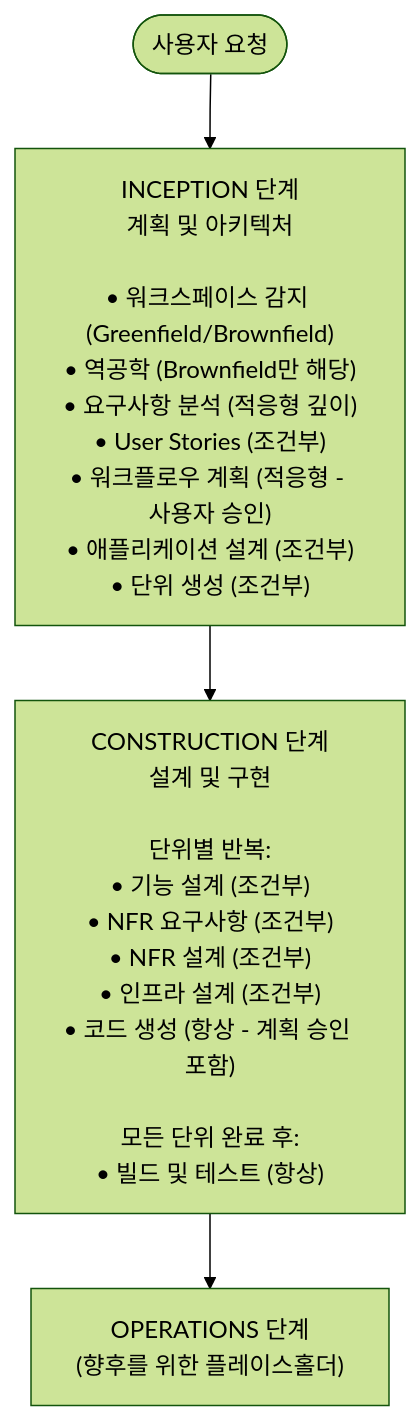
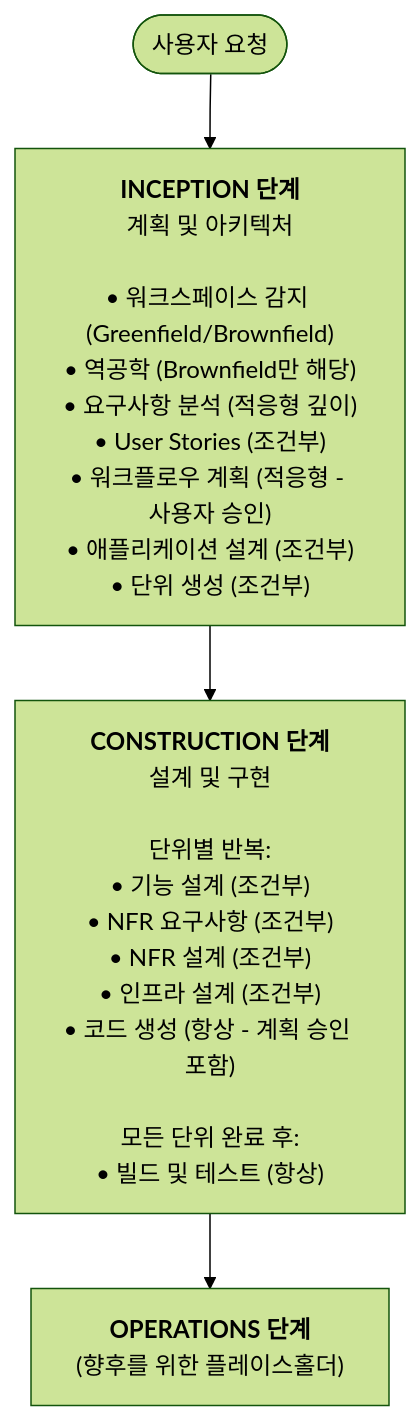
The diagram in README.md (serithemage/aidlc-cc-plugin), drawn with Mermaid (forest theme) before and after one commit. The commit also changed 2 other files, not shown here.

Commit message:
Mermaid 다이어그램 개행 수정 (\n → <br/>)
Mermaid 노드 내 줄바꿈이 렌더링되지 않는 문제 수정

````diff
--- a/README.md
+++ b/README.md
@@ -46,12 +46,12 @@
 ```mermaid
 flowchart TD
     Start(["사용자 요청"])
 
-    INCEPTION["INCEPTION 단계\n계획 및 아키텍처\n\n• 워크스페이스 감지 (Greenfield/Brownfield)\n• 역공학 (Brownfield만 해당)\n• 요구사항 분석 (적응형 깊이)\n• User Stories (조건부)\n• 워크플로우 계획 (적응형 - 사용자 승인)\n• 애플리케이션 설계 (조건부)\n• 단위 생성 (조건부)"]
+    INCEPTION["<b>INCEPTION 단계</b><br/>계획 및 아키텍처<br/><br/>• 워크스페이스 감지 (Greenfield/Brownfield)<br/>• 역공학 (Brownfield만 해당)<br/>• 요구사항 분석 (적응형 깊이)<br/>• User Stories (조건부)<br/>• 워크플로우 계획 (적응형 - 사용자 승인)<br/>• 애플리케이션 설계 (조건부)<br/>• 단위 생성 (조건부)"]
 
-    CONSTRUCTION["CONSTRUCTION 단계\n설계 및 구현\n\n단위별 반복:\n• 기능 설계 (조건부)\n• NFR 요구사항 (조건부)\n• NFR 설계 (조건부)\n• 인프라 설계 (조건부)\n• 코드 생성 (항상 - 계획 승인 포함)\n\n모든 단위 완료 후:\n• 빌드 및 테스트 (항상)"]
+    CONSTRUCTION["<b>CONSTRUCTION 단계</b><br/>설계 및 구현<br/><br/>단위별 반복:<br/>• 기능 설계 (조건부)<br/>• NFR 요구사항 (조건부)<br/>• NFR 설계 (조건부)<br/>• 인프라 설계 (조건부)<br/>• 코드 생성 (항상 - 계획 승인 포함)<br/><br/>모든 단위 완료 후:<br/>• 빌드 및 테스트 (항상)"]
 
-    OPERATIONS["OPERATIONS 단계\n(향후를 위한 플레이스홀더)"]
+    OPERATIONS["<b>OPERATIONS 단계</b><br/>(향후를 위한 플레이스홀더)"]
 
     Start --> INCEPTION --> CONSTRUCTION --> OPERATIONS
 ```
````
